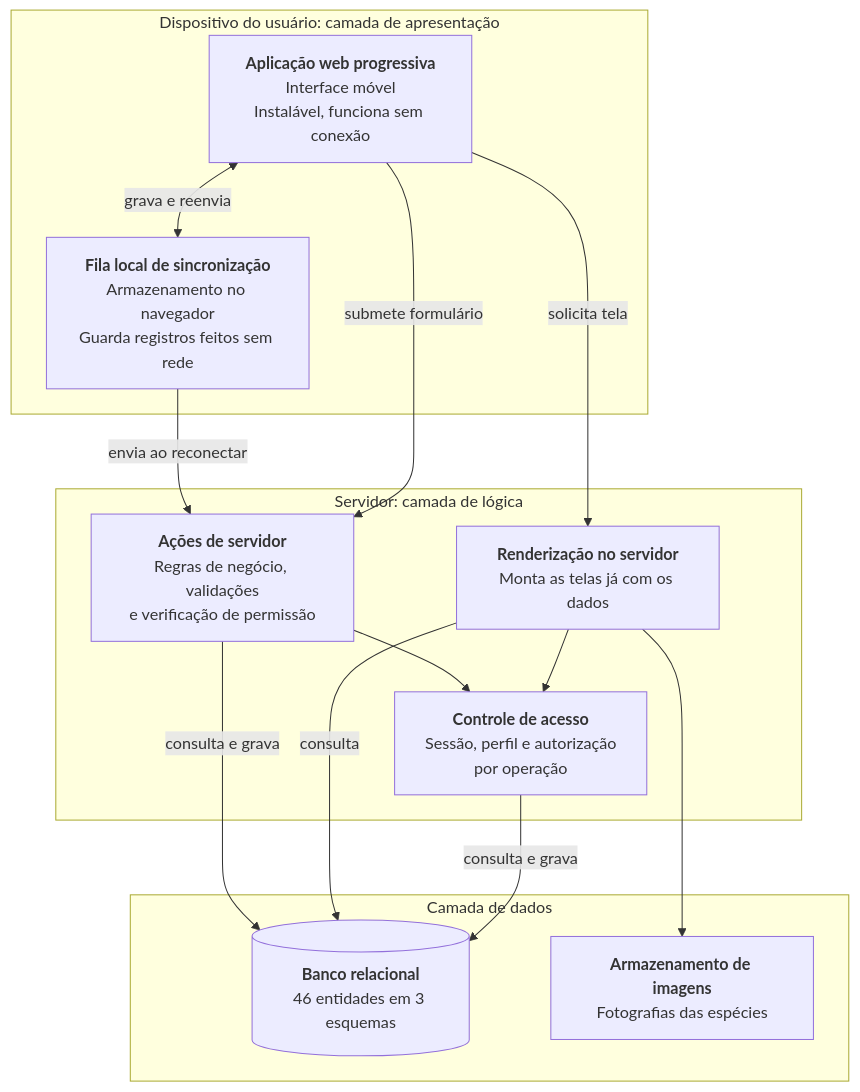
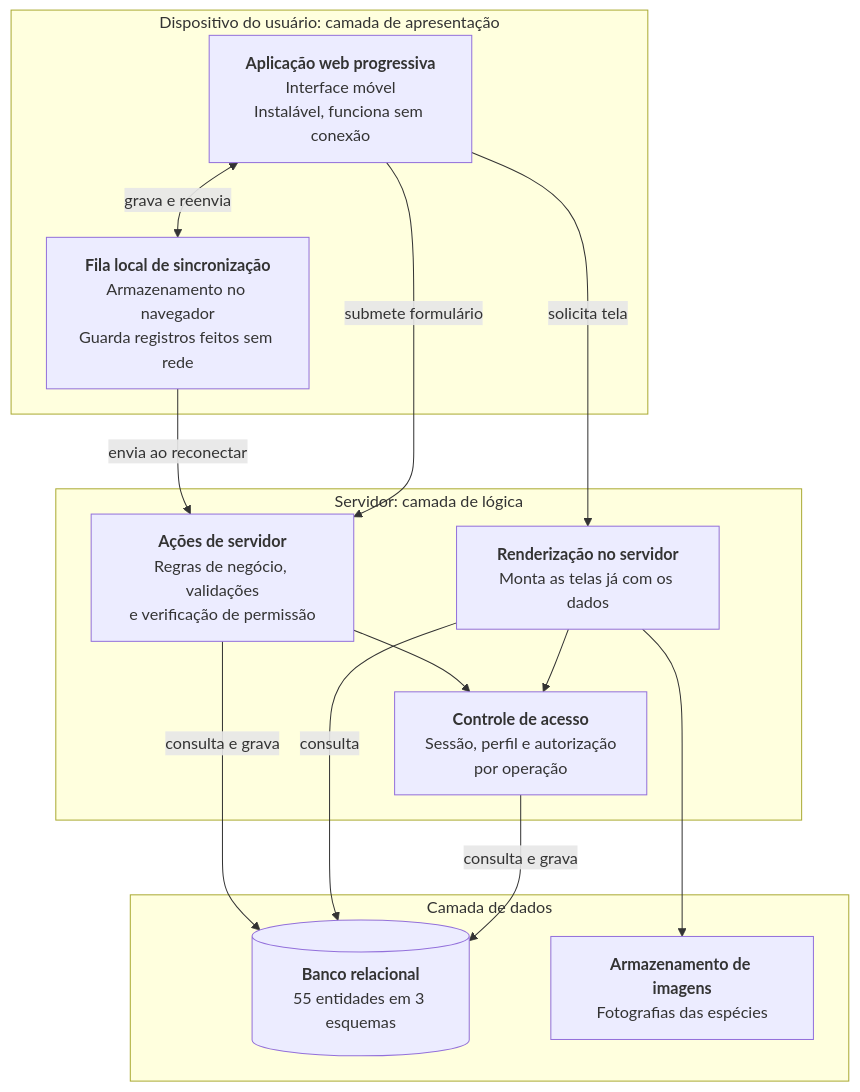
Before and after one commit to JoaoMudar/mudar: the second of 3 diagrams in docs/engenharia/D-arquitetura/D1-arquitetura-c4.md, drawn with Mermaid. The commit also changed other lines of this file and 103 other files, not shown here.

````diff
--- a/docs/engenharia/D-arquitetura/D1-arquitetura-c4.md
+++ b/docs/engenharia/D-arquitetura/D1-arquitetura-c4.md
@@ -73,30 +73,30 @@
 ```mermaid
 graph TB
   subgraph disp["Dispositivo do usuário: camada de apresentação"]
     PWA["<b>Aplicação web progressiva</b><br/>Interface móvel<br/>Instalável, funciona sem conexão"]
     FILA["<b>Fila local de sincronização</b><br/>Armazenamento no navegador<br/>Guarda registros feitos sem rede"]
   end
 
   subgraph srv["Servidor: camada de lógica"]
     REND["<b>Renderização no servidor</b><br/>Monta as telas já com os dados"]
     ACOES["<b>Ações de servidor</b><br/>Regras de negócio, validações<br/>e verificação de permissão"]
     AUTH["<b>Controle de acesso</b><br/>Sessão, perfil e autorização<br/>por operação"]
   end
 
   subgraph dados["Camada de dados"]
-    BD[("<b>Banco relacional</b><br/>46 entidades em 3 esquemas")]
+    BD[("<b>Banco relacional</b><br/>55 entidades em 3 esquemas")]
     ARQ["<b>Armazenamento de imagens</b><br/>Fotografias das espécies"]
   end
 
   PWA -->|"solicita tela"| REND
   PWA -->|"submete formulário"| ACOES
   PWA <-->|"grava e reenvia"| FILA
   FILA -->|"envia ao reconectar"| ACOES
 
   REND --> AUTH
   ACOES --> AUTH
   AUTH -->|"consulta e grava"| BD
   REND -->|"consulta"| BD
   ACOES -->|"consulta e grava"| BD
   REND --> ARQ
 ```
````
